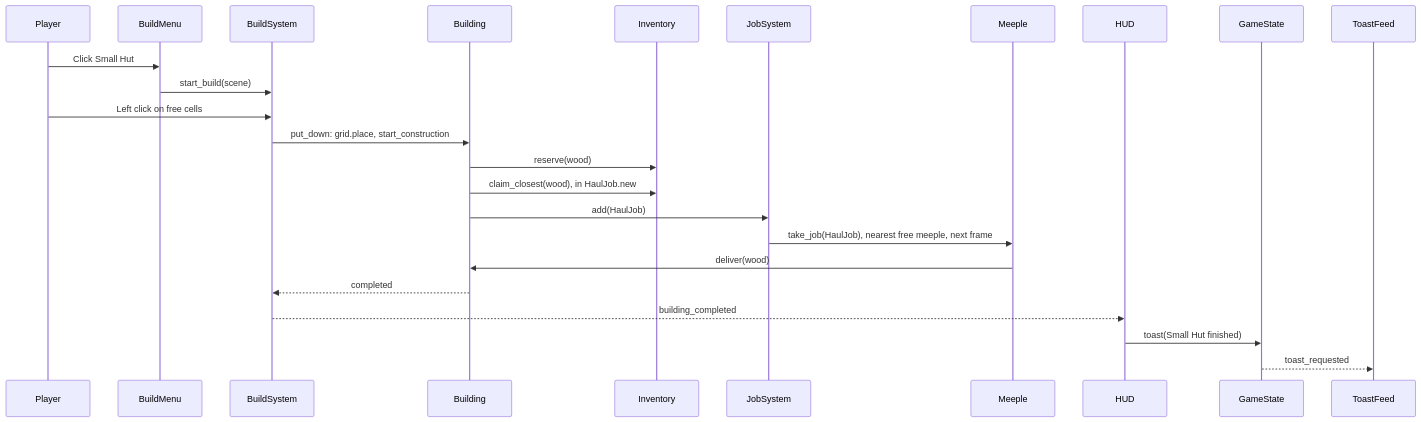
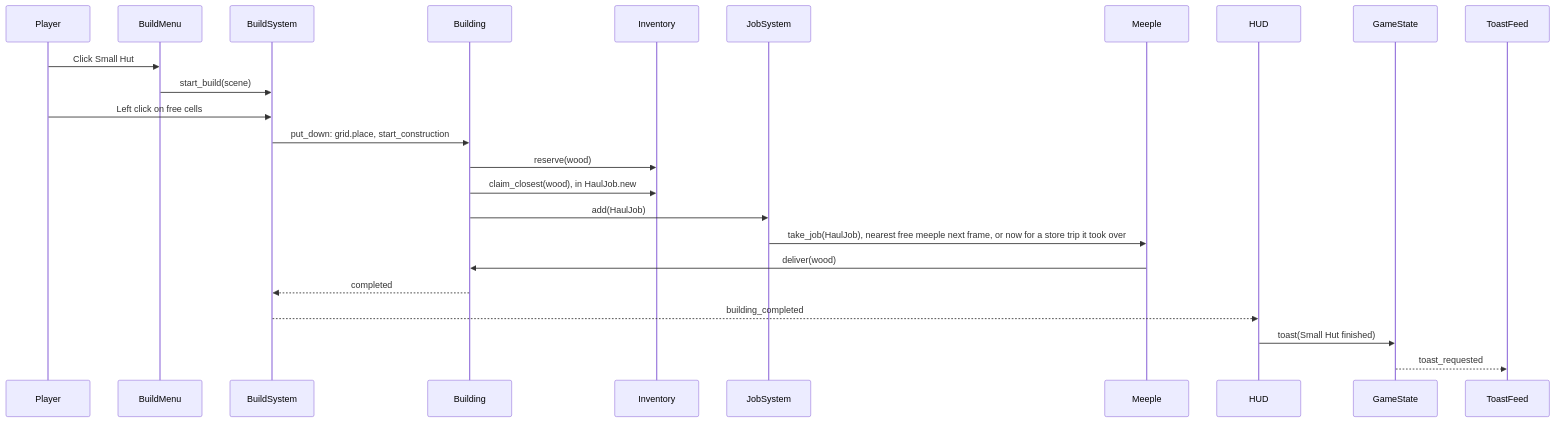
Before and after one commit to Liam-M-Mays/game-jam-2026: the fifth of 11 diagrams in docs/architecture.md, drawn with Mermaid. The commit also changed other lines of this file and 24 other files, not shown here.

````diff
--- a/docs/architecture.md
+++ b/docs/architecture.md
@@ -214,27 +214,27 @@
 ```mermaid
 sequenceDiagram
     participant Player
     participant BuildMenu
     participant BuildSystem
     participant Building
     participant Inventory
     participant JobSystem
     participant Meeple
     participant HUD
     participant GameState
     participant ToastFeed
 
     Player->>BuildMenu: Click Small Hut
     BuildMenu->>BuildSystem: start_build(scene)
     Player->>BuildSystem: Left click on free cells
     BuildSystem->>Building: put_down: grid.place, start_construction
     Building->>Inventory: reserve(wood)
     Building->>Inventory: claim_closest(wood), in HaulJob.new
     Building->>JobSystem: add(HaulJob)
-    JobSystem->>Meeple: take_job(HaulJob), nearest free meeple, next frame
+    JobSystem->>Meeple: take_job(HaulJob), nearest free meeple next frame, or now for a store trip it took over
     Meeple->>Building: deliver(wood)
     Building-->>BuildSystem: completed
     BuildSystem-->>HUD: building_completed
     HUD->>GameState: toast(Small Hut finished)
     GameState-->>ToastFeed: toast_requested
 ```
````
